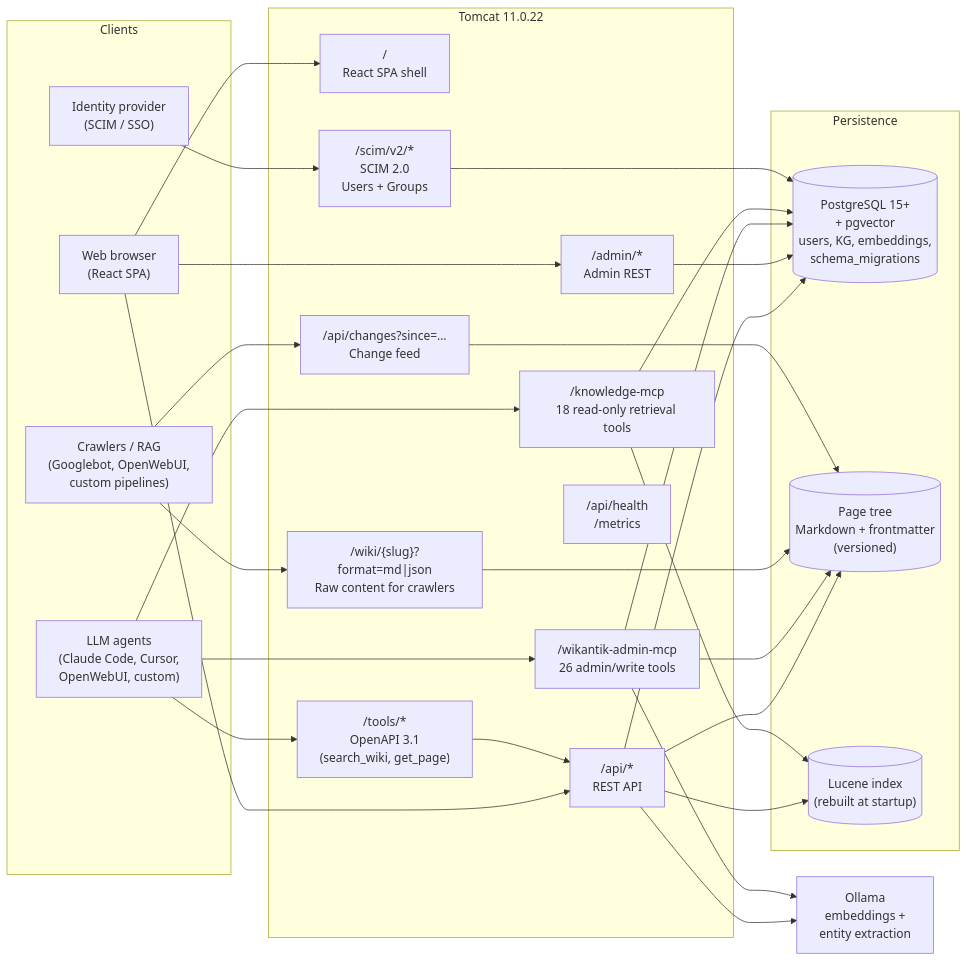
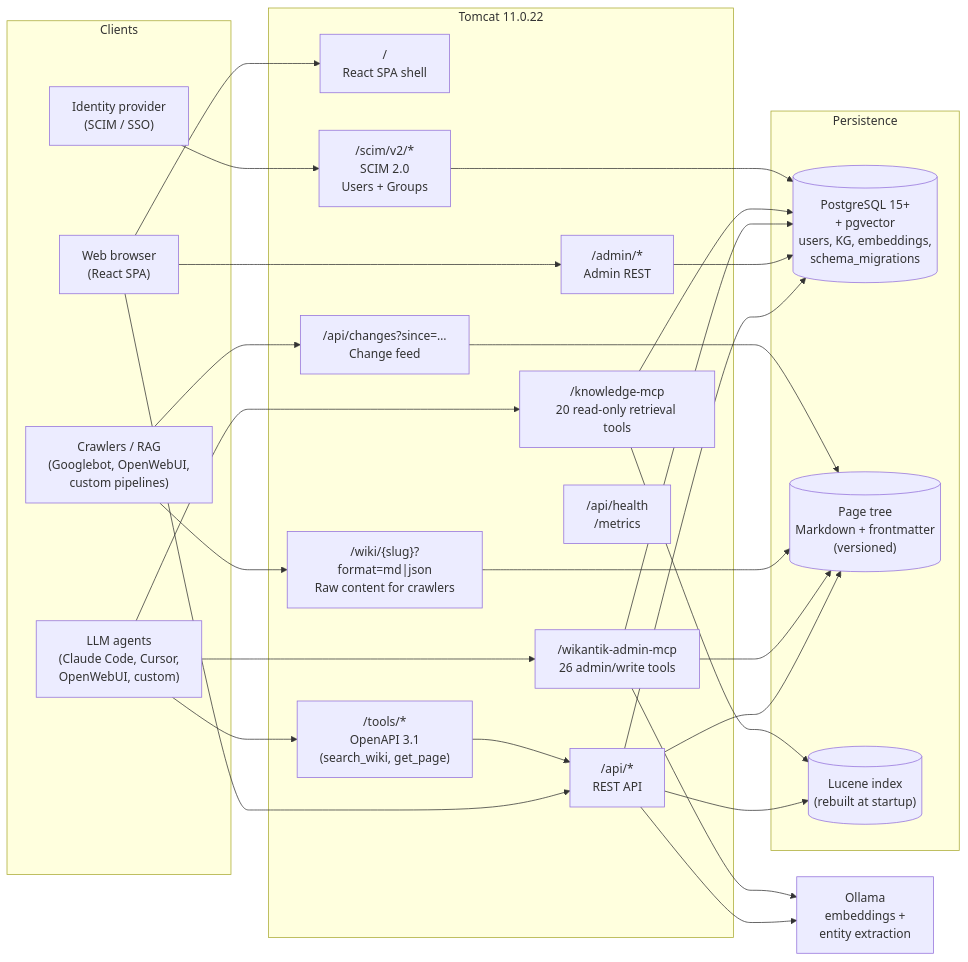
One commit to jakefearsd/wikantik changed the diagram in README.md. Above: the diagram before and after it, drawn with Mermaid. The commit also changed other lines of this file and 16 other files, not shown here.

First line of the commit message:
docs: pre-2.1.0 documentation pass — architecture, Main, README, marketing, linked docs

````diff
--- a/README.md
+++ b/README.md
@@ -96,56 +96,56 @@
 ```mermaid
 flowchart LR
     subgraph clients [Clients]
         Browser["Web browser<br/>(React SPA)"]
         Agent["LLM agents<br/>(Claude Code, Cursor,<br/>OpenWebUI, custom)"]
         Crawler["Crawlers / RAG<br/>(Googlebot, OpenWebUI,<br/>custom pipelines)"]
         IdP["Identity provider<br/>(SCIM / SSO)"]
     end
 
     subgraph tomcat [Tomcat 11.0.22]
         SPA["/<br/>React SPA shell"]
         REST["/api/*<br/>REST API"]
         Admin["/admin/*<br/>Admin REST"]
         Raw["/wiki/{slug}?format=md|json<br/>Raw content for crawlers"]
         Changes["/api/changes?since=…<br/>Change feed"]
         AdminMCP["/wikantik-admin-mcp<br/>26 admin/write tools"]
-        KnowMCP["/knowledge-mcp<br/>18 read-only retrieval tools"]
+        KnowMCP["/knowledge-mcp<br/>20 read-only retrieval tools"]
         Tools["/tools/*<br/>OpenAPI 3.1<br/>(search_wiki, get_page)"]
         Scim["/scim/v2/*<br/>SCIM 2.0<br/>Users + Groups"]
         Health["/api/health<br/>/metrics"]
     end
 
     subgraph data [Persistence]
         PG[("PostgreSQL 15+<br/>+ pgvector<br/>users, KG, embeddings,<br/>schema_migrations")]
         Pages[("Page tree<br/>Markdown + frontmatter<br/>(versioned)")]
         Lucene[("Lucene index<br/>(rebuilt at startup)")]
     end
 
     Ollama["Ollama<br/>embeddings +<br/>entity extraction"]
 
     Browser --> SPA
     Browser --> REST
     Browser --> Admin
     Crawler --> Raw
     Crawler --> Changes
     Agent --> AdminMCP
     Agent --> KnowMCP
     Agent --> Tools
     IdP --> Scim
 
     REST --> PG
     REST --> Pages
     REST --> Lucene
     Admin --> PG
     AdminMCP --> PG
     AdminMCP --> Pages
     KnowMCP --> PG
     KnowMCP --> Lucene
     Raw --> Pages
     Changes --> Pages
     Tools --> REST
     Scim --> PG
 
     REST --> Ollama
     AdminMCP --> Ollama
 ```
````
